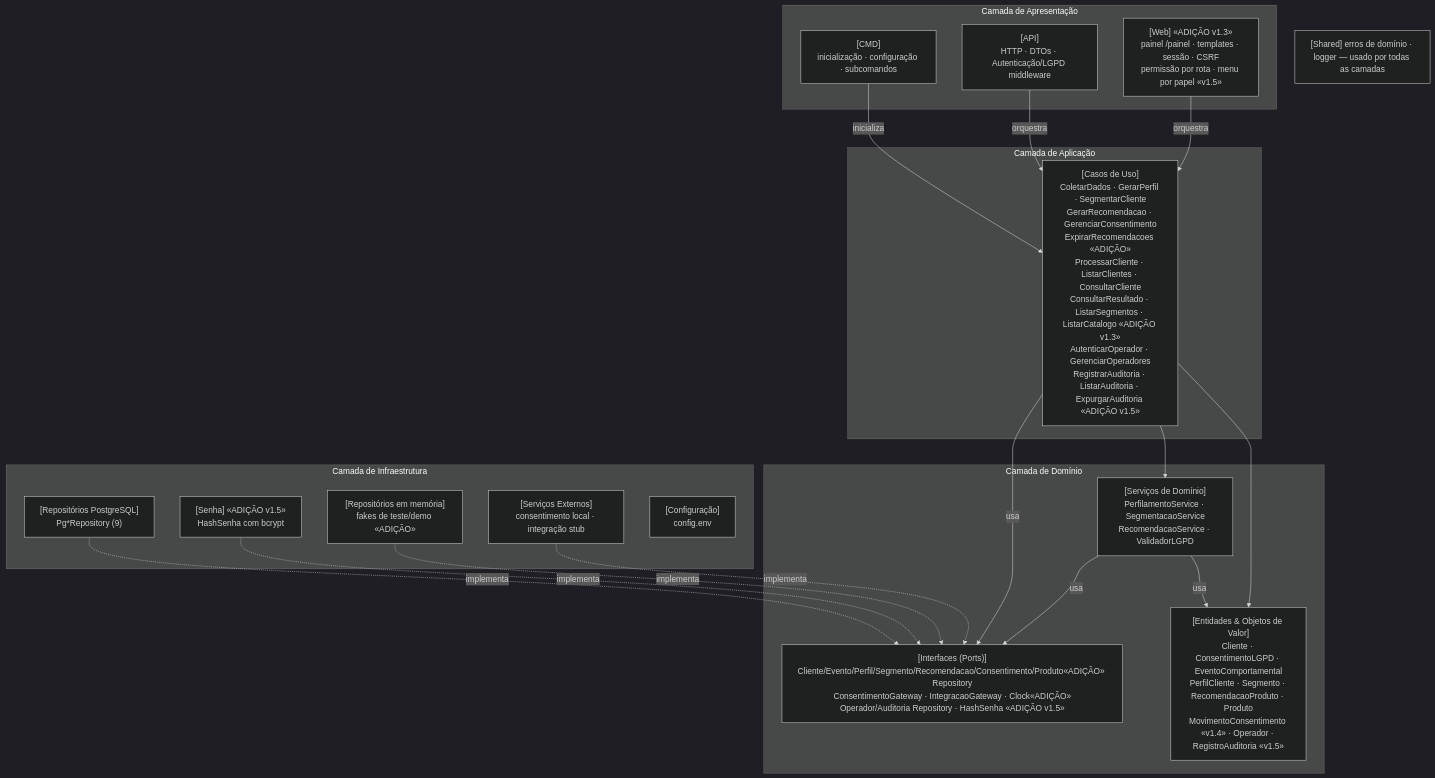
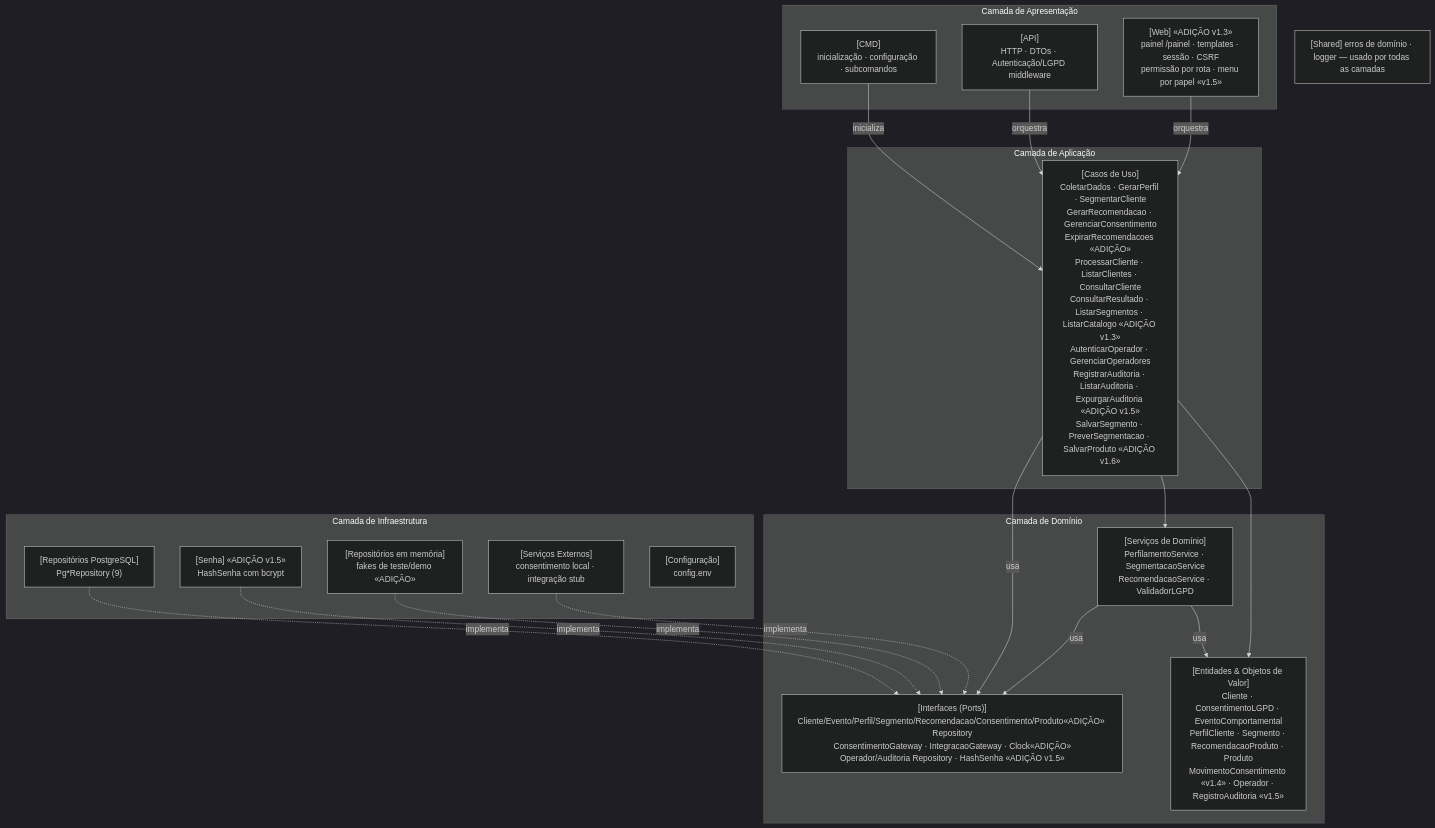
Before and after one commit to sthefanyblima/perfila: the diagram in docs/uml/UML7_componentes.md, drawn with Mermaid (dark theme). The commit also changed other lines of this file and 7 other files, not shown here.

````diff
--- a/docs/uml/UML7_componentes.md
+++ b/docs/uml/UML7_componentes.md
@@ -10,37 +10,37 @@
 ```mermaid
 flowchart TB
   subgraph AP["Camada de Apresentação"]
     CMD["[CMD]<br/>inicialização · configuração · subcomandos"]
     API["[API]<br/>HTTP · DTOs · Autenticação/LGPD middleware"]
     WEB["[Web] «ADIÇÃO v1.3»<br/>painel /painel · templates · sessão · CSRF<br/>permissão por rota · menu por papel «v1.5»"]
   end
   subgraph APP["Camada de Aplicação"]
-    UC["[Casos de Uso]<br/>ColetarDados · GerarPerfil · SegmentarCliente<br/>GerarRecomendacao · GerenciarConsentimento<br/>ExpirarRecomendacoes «ADIÇÃO»<br/>ProcessarCliente · ListarClientes · ConsultarCliente<br/>ConsultarResultado · ListarSegmentos · ListarCatalogo «ADIÇÃO v1.3»<br/>AutenticarOperador · GerenciarOperadores<br/>RegistrarAuditoria · ListarAuditoria · ExpurgarAuditoria «ADIÇÃO v1.5»"]
+    UC["[Casos de Uso]<br/>ColetarDados · GerarPerfil · SegmentarCliente<br/>GerarRecomendacao · GerenciarConsentimento<br/>ExpirarRecomendacoes «ADIÇÃO»<br/>ProcessarCliente · ListarClientes · ConsultarCliente<br/>ConsultarResultado · ListarSegmentos · ListarCatalogo «ADIÇÃO v1.3»<br/>AutenticarOperador · GerenciarOperadores<br/>RegistrarAuditoria · ListarAuditoria · ExpurgarAuditoria «ADIÇÃO v1.5»<br/>SalvarSegmento · PreverSegmentacao · SalvarProduto «ADIÇÃO v1.6»"]
   end
   subgraph DOM["Camada de Domínio"]
     ENT["[Entidades & Objetos de Valor]<br/>Cliente · ConsentimentoLGPD · EventoComportamental<br/>PerfilCliente · Segmento · RecomendacaoProduto · Produto<br/>MovimentoConsentimento «v1.4» · Operador · RegistroAuditoria «v1.5»"]
     SVC["[Serviços de Domínio]<br/>PerfilamentoService · SegmentacaoService<br/>RecomendacaoService · ValidadorLGPD"]
     PORT["[Interfaces (Ports)]<br/>Cliente/Evento/Perfil/Segmento/Recomendacao/Consentimento/Produto«ADIÇÃO» Repository<br/>ConsentimentoGateway · IntegracaoGateway · Clock«ADIÇÃO»<br/>Operador/Auditoria Repository · HashSenha «ADIÇÃO v1.5»"]
   end
   subgraph INF["Camada de Infraestrutura"]
     PG["[Repositórios PostgreSQL]<br/>Pg*Repository (9)"]
     SEN["[Senha] «ADIÇÃO v1.5»<br/>HashSenha com bcrypt"]
     MEM["[Repositórios em memória]<br/>fakes de teste/demo «ADIÇÃO»"]
     EXT["[Serviços Externos]<br/>consentimento local · integração stub"]
     CFG["[Configuração]<br/>config.env"]
   end
   SH["[Shared] erros de domínio · logger — usado por todas as camadas"]
 
   CMD -- inicializa --> UC
   API -- orquestra --> UC
   WEB -- orquestra --> UC
   UC --> ENT
   UC --> SVC
   UC -- usa --> PORT
   SVC -- usa --> ENT
   SVC -- usa --> PORT
   PG -. implementa .-> PORT
   MEM -. implementa .-> PORT
   EXT -. implementa .-> PORT
   SEN -. implementa .-> PORT
 ```
````
